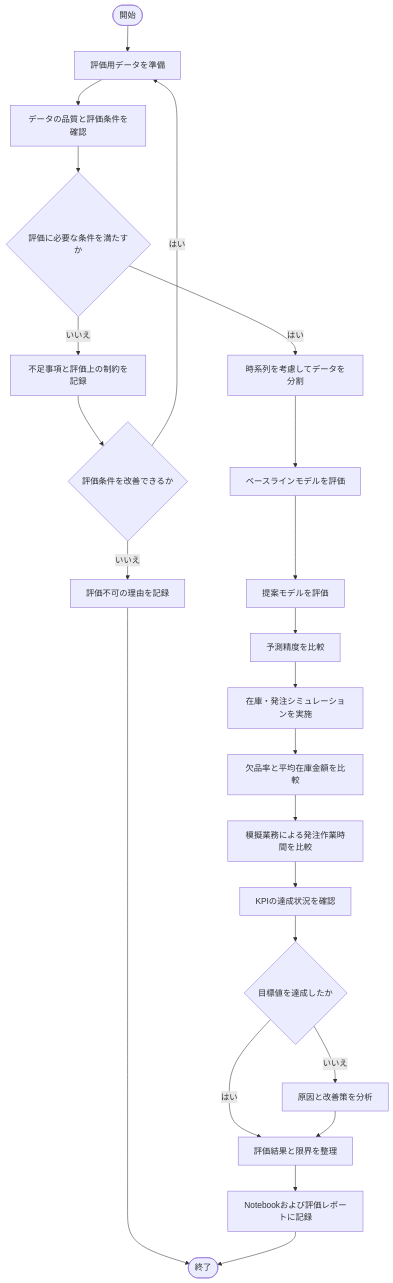
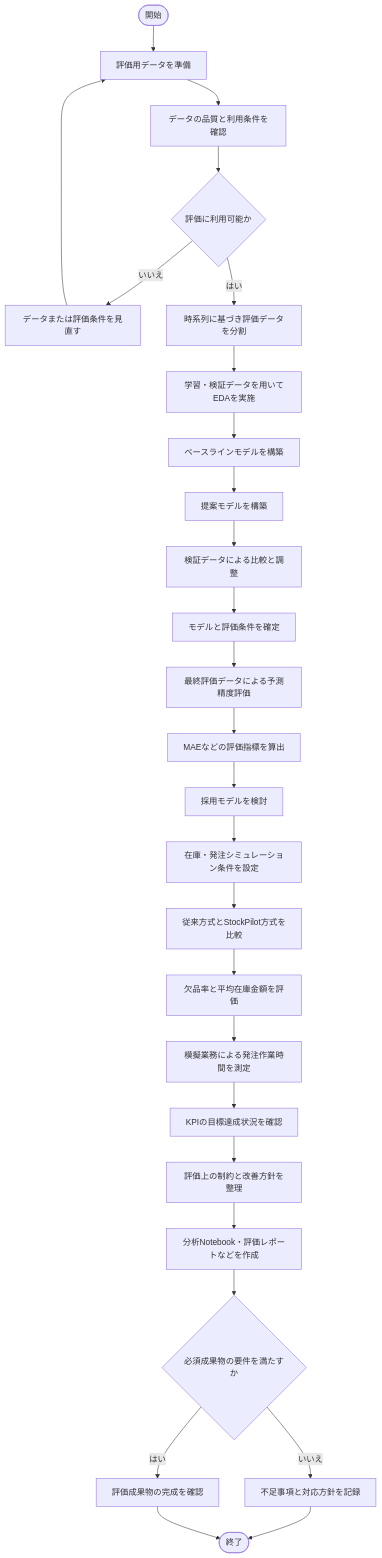
Before and after one commit to KensukeOta/StockPilot: diagram 16 of 19 in docs/requirements/business-flow.md, drawn with Mermaid. The commit also changed other lines of this file and 3 other files, not shown here.

````diff
--- a/docs/requirements/business-flow.md
+++ b/docs/requirements/business-flow.md
@@ -946,25 +1361,29 @@
 ```mermaid
 flowchart TD
     A([開始]) --> B[評価用データを準備]
-    B --> C[データの品質と評価条件を確認]
-    C --> D{評価に必要な条件を満たすか}
-    D -->|いいえ| E[不足事項と評価上の制約を記録]
-    E --> F{評価条件を改善できるか}
-    F -->|はい| B
-    F -->|いいえ| G[評価不可の理由を記録]
-    G --> Z([終了])
-    D -->|はい| H[時系列を考慮してデータを分割]
-    H --> I[ベースラインモデルを評価]
-    I --> J[提案モデルを評価]
-    J --> K[予測精度を比較]
-    K --> L[在庫・発注シミュレーションを実施]
-    L --> M[欠品率と平均在庫金額を比較]
-    M --> N[模擬業務による発注作業時間を比較]
-    N --> O[KPIの達成状況を確認]
-    O --> P{目標値を達成したか}
-    P -->|いいえ| Q[原因と改善策を分析]
-    P -->|はい| R[評価結果と限界を整理]
-    Q --> R
-    R --> S[Notebookおよび評価レポートに記録]
-    S --> Z
+    B --> C[データの品質と利用条件を確認]
+    C --> D{評価に利用可能か}
+    D -->|いいえ| E[データまたは評価条件を見直す]
+    E --> B
+    D -->|はい| F[時系列に基づき評価データを分割]
+    F --> G[学習・検証データを用いてEDAを実施]
+    G --> H[ベースラインモデルを構築]
+    H --> I[提案モデルを構築]
+    I --> J[検証データによる比較と調整]
+    J --> K[モデルと評価条件を確定]
+    K --> L[最終評価データによる予測精度評価]
+    L --> M[MAEなどの評価指標を算出]
+    M --> N[採用モデルを検討]
+    N --> O[在庫・発注シミュレーション条件を設定]
+    O --> P[従来方式とStockPilot方式を比較]
+    P --> Q[欠品率と平均在庫金額を評価]
+    Q --> R[模擬業務による発注作業時間を測定]
+    R --> S[KPIの目標達成状況を確認]
+    S --> T[評価上の制約と改善方針を整理]
+    T --> U[分析Notebook・評価レポートなどを作成]
+    U --> V{必須成果物の要件を満たすか}
+    V -->|いいえ| W[不足事項と対応方針を記録]
+    V -->|はい| X[評価成果物の完成を確認]
+    W --> Z([終了])
+    X --> Z
 ```
````
